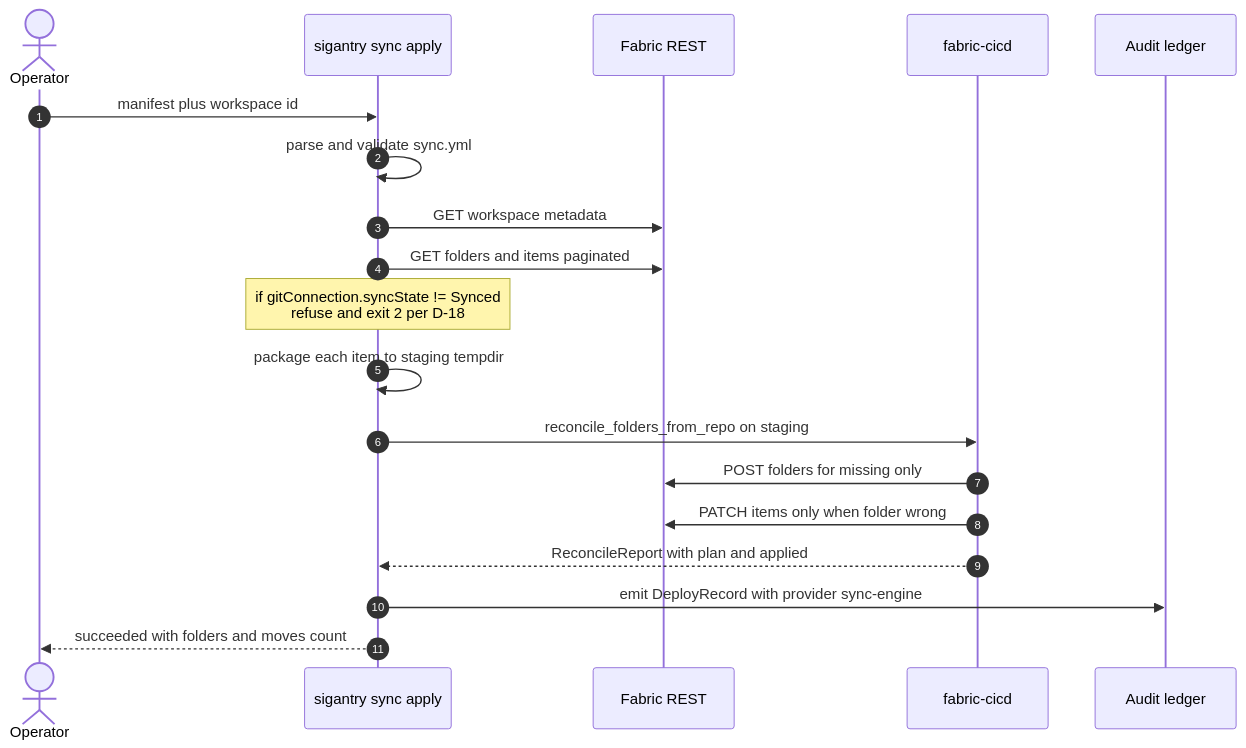
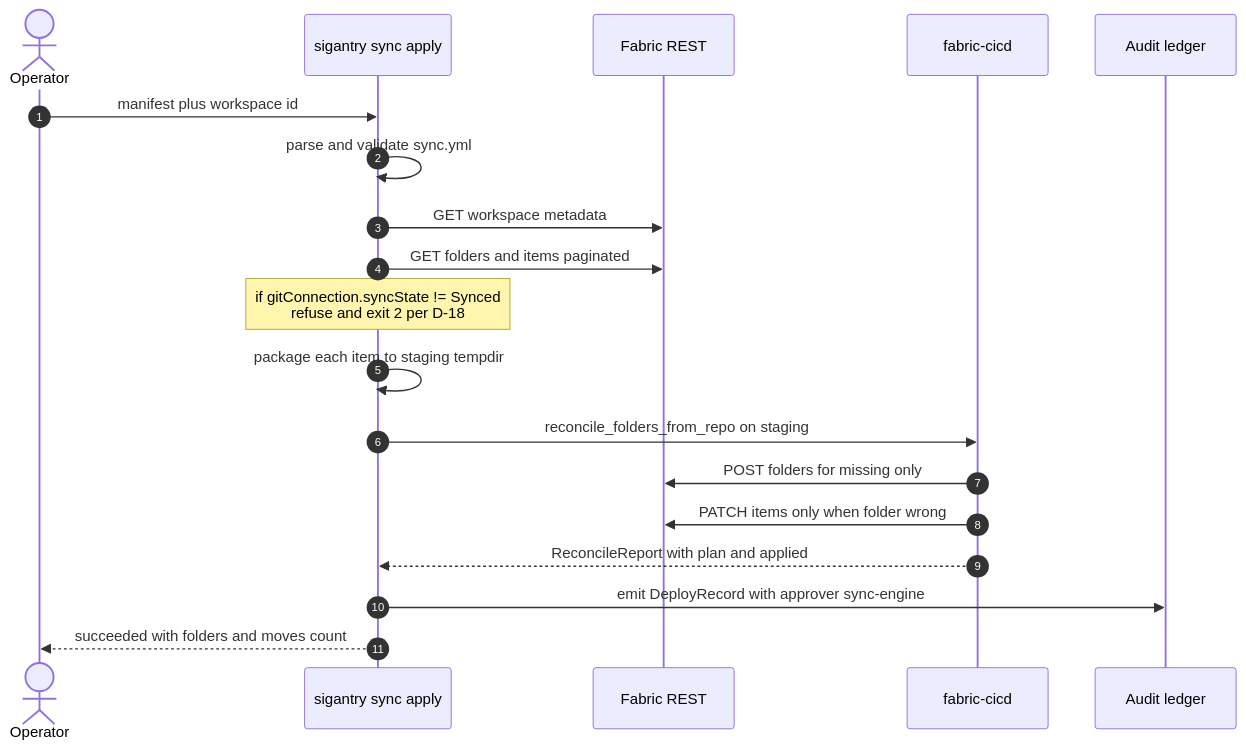
The sixth of 11 diagrams in docs/USER-GUIDE.md (Bralabee/sigantry), drawn with Mermaid before and after one commit. The commit also changed other lines of this file and 50 other files, not shown here.

````diff
--- a/docs/USER-GUIDE.md
+++ b/docs/USER-GUIDE.md
@@ -630,22 +640,22 @@
 ```mermaid
 sequenceDiagram
     autonumber
     actor Op as Operator
     participant CLI as sigantry sync apply
     participant Fab as Fabric REST
     participant FCC as fabric-cicd
     participant Ledger as Audit ledger
 
     Op->>CLI: manifest plus workspace id
     CLI->>CLI: parse and validate sync.yml
     CLI->>Fab: GET workspace metadata
     CLI->>Fab: GET folders and items paginated
     Note over CLI: if gitConnection.syncState != Synced<br/>refuse and exit 2 per D-18
     CLI->>CLI: package each item to staging tempdir
     CLI->>FCC: reconcile_folders_from_repo on staging
     FCC->>Fab: POST folders for missing only
     FCC->>Fab: PATCH items only when folder wrong
     FCC-->>CLI: ReconcileReport with plan and applied
-    CLI->>Ledger: emit DeployRecord with provider sync-engine
+    CLI->>Ledger: emit DeployRecord with approver sync-engine
     CLI-->>Op: succeeded with folders and moves count
 ```
````
